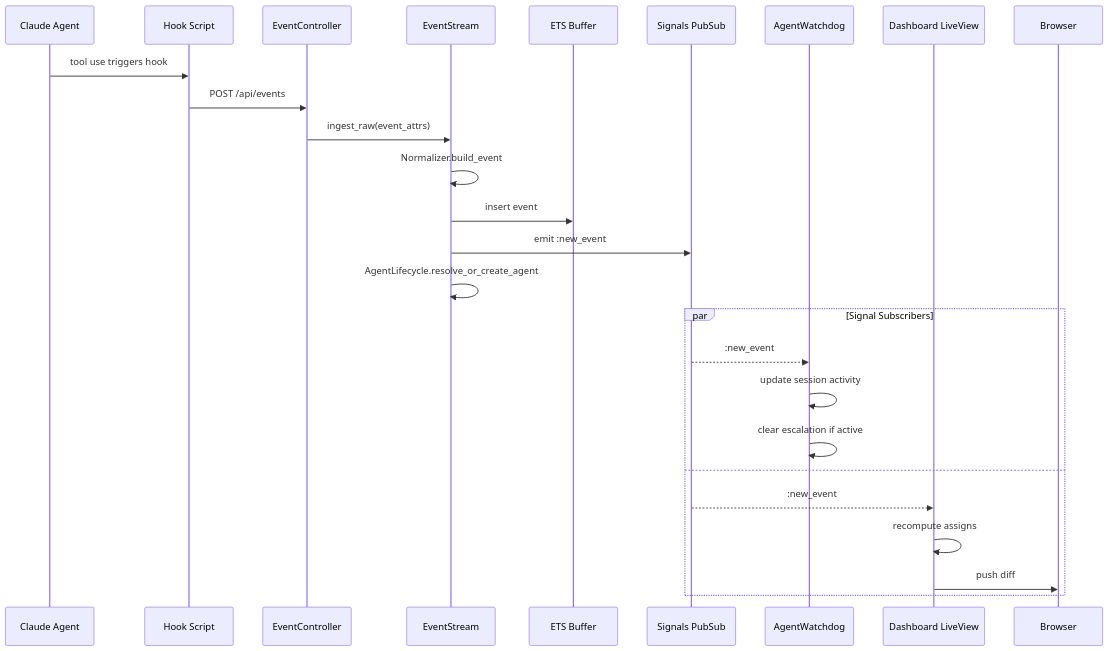
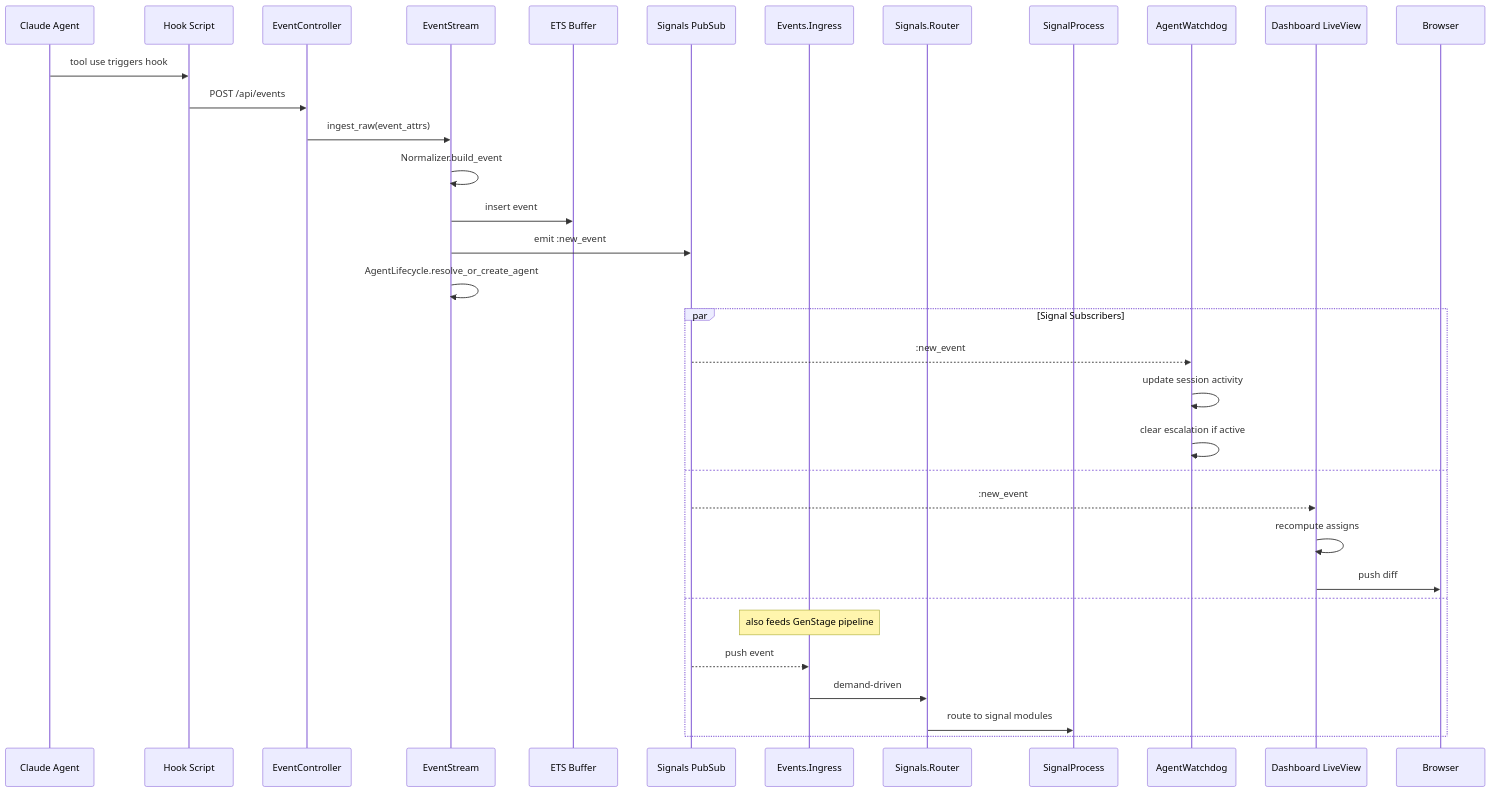
Diagram 11 of 21 in docs/diagrams/architecture.md (architects-of-type-IV/agent-observatory), drawn with Mermaid before and after one commit. The commit also changed other lines of this file and 20 other files, not shown here.

First line of the commit message:
docs(architecture): update docs for ADR-026 GenStage pipeline, deleted subsystems, and supervision tree changes

````diff
--- a/docs/diagrams/architecture.md
+++ b/docs/diagrams/architecture.md
@@ -440,30 +462,38 @@
 ```mermaid
 sequenceDiagram
     participant Claude as Claude Agent
     participant Hook as Hook Script
     participant EC as EventController
     participant ES as EventStream
     participant ETS as ETS Buffer
     participant Sig as Signals PubSub
+    participant ING as Events.Ingress
+    participant Router as Signals.Router
+    participant SP as SignalProcess
     participant AW as AgentWatchdog
     participant LV as Dashboard LiveView
     participant UI as Browser
 
     Claude->>Hook: tool use triggers hook
     Hook->>EC: POST /api/events
     EC->>ES: ingest_raw(event_attrs)
     ES->>ES: Normalizer.build_event
     ES->>ETS: insert event
     ES->>Sig: emit :new_event
     ES->>ES: AgentLifecycle.resolve_or_create_agent
 
     par Signal Subscribers
         Sig-->>AW: :new_event
         AW->>AW: update session activity
         AW->>AW: clear escalation if active
     and
         Sig-->>LV: :new_event
         LV->>LV: recompute assigns
         LV->>UI: push diff
+    and
+        Note over ING: also feeds GenStage pipeline
+        Sig-->>ING: push event
+        ING->>Router: demand-driven
+        Router->>SP: route to signal modules
     end
 ```
````
